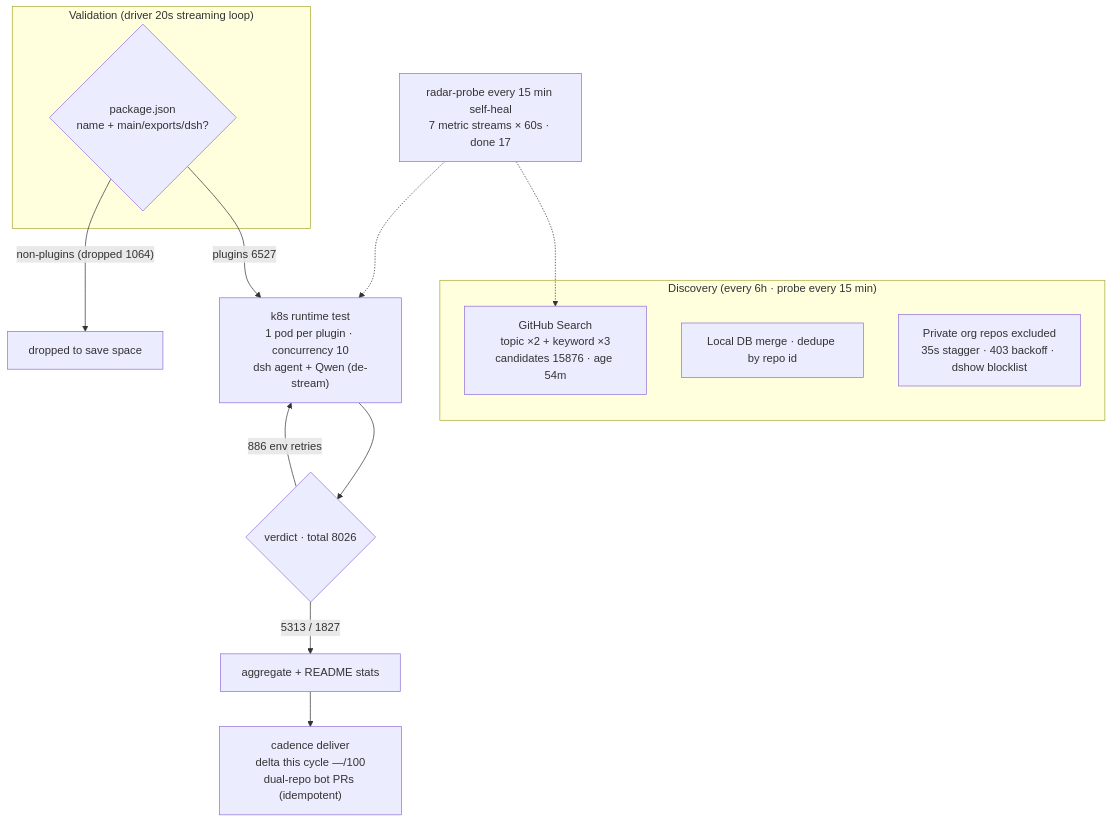
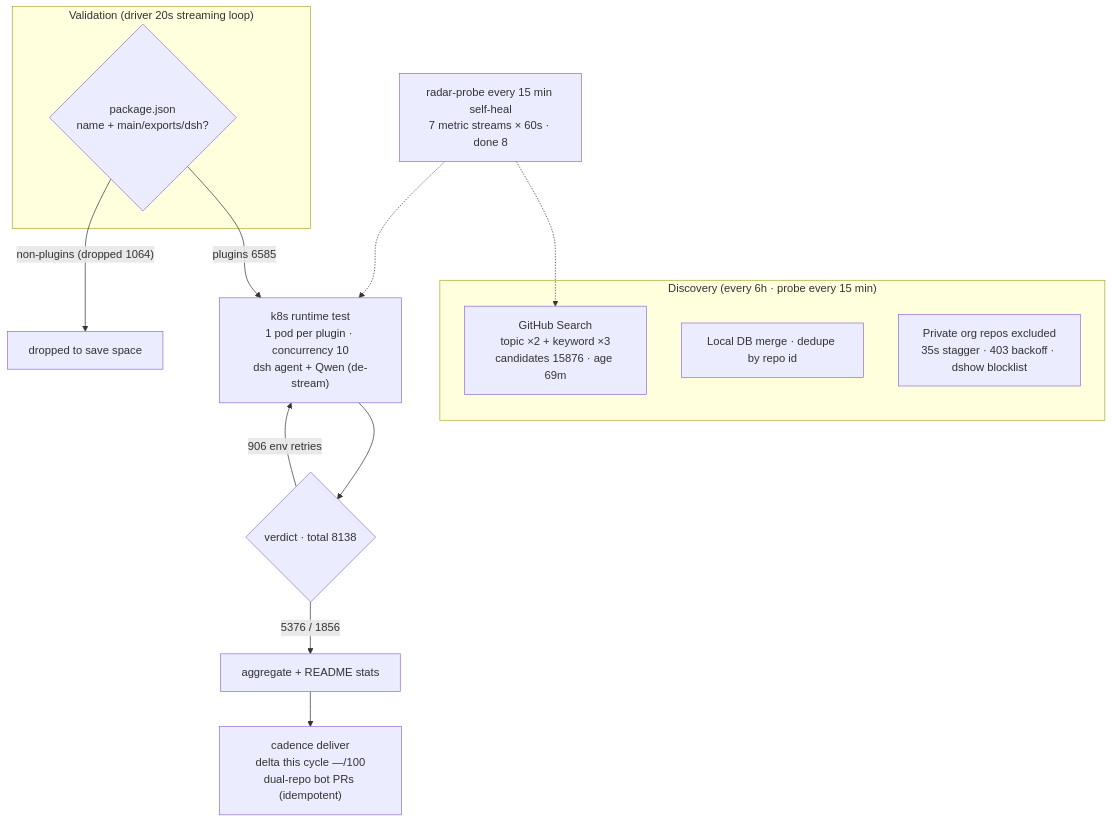
Before and after one commit to AdamPlatin123/awesome-dsh-plugins: the diagram in README.en-US.md, drawn with Mermaid. The commit also changed other lines of this file and 4 other files, not shown here.

````diff
--- a/README.en-US.md
+++ b/README.en-US.md
@@ -30,20 +30,20 @@
 ```mermaid
 flowchart TB
     subgraph Discovery["Discovery (every 6h · probe every 15 min)"]
-        A1["GitHub Search<br/>topic ×2 + keyword ×3<br/>candidates 15876 · age 54m"]
+        A1["GitHub Search<br/>topic ×2 + keyword ×3<br/>candidates 15876 · age 69m"]
         A2["Local DB merge · dedupe by repo id"]
         A3["Private org repos excluded<br/>35s stagger · 403 backoff · dshow blocklist"]
     end
     subgraph Validation["Validation (driver 20s streaming loop)"]
         B1{"package.json<br/>name + main/exports/dsh?"}
     end
-    B1 -->|"plugins 6527"| C1["k8s runtime test<br/>1 pod per plugin · concurrency 10<br/>dsh agent + Qwen (de-stream)"]
+    B1 -->|"plugins 6585"| C1["k8s runtime test<br/>1 pod per plugin · concurrency 10<br/>dsh agent + Qwen (de-stream)"]
     B1 -->|"non-plugins (dropped 1064)"| B3["dropped to save space"]
-    C1 --> D1{"verdict · total 8026"}
-    D1 -->|"5313 / 1827"| E1["aggregate + README stats"]
-    D1 -->|"886 env retries"| C1
+    C1 --> D1{"verdict · total 8138"}
+    D1 -->|"5376 / 1856"| E1["aggregate + README stats"]
+    D1 -->|"906 env retries"| C1
     E1 --> E2["cadence deliver<br/>delta this cycle —/100<br/>dual-repo bot PRs (idempotent)"]
-    M["radar-probe every 15 min self-heal<br/>7 metric streams × 60s · done 17"]
+    M["radar-probe every 15 min self-heal<br/>7 metric streams × 60s · done 8"]
     M -.-> A1
     M -.-> C1
 ```
````
